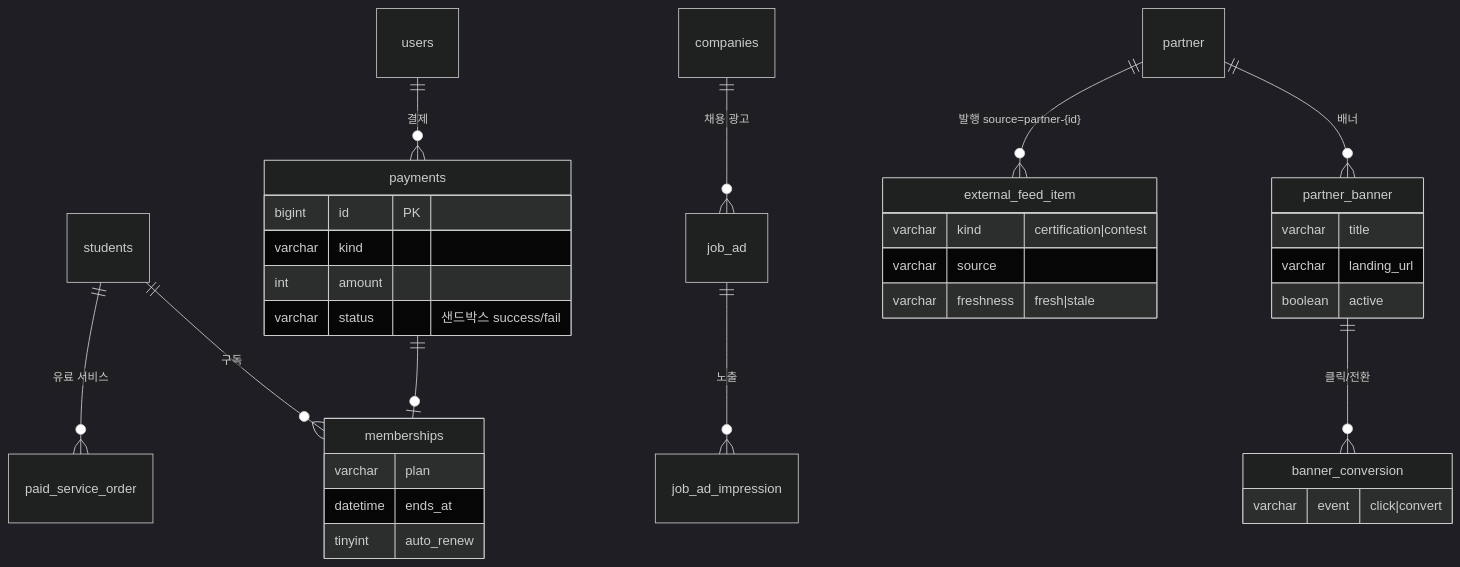
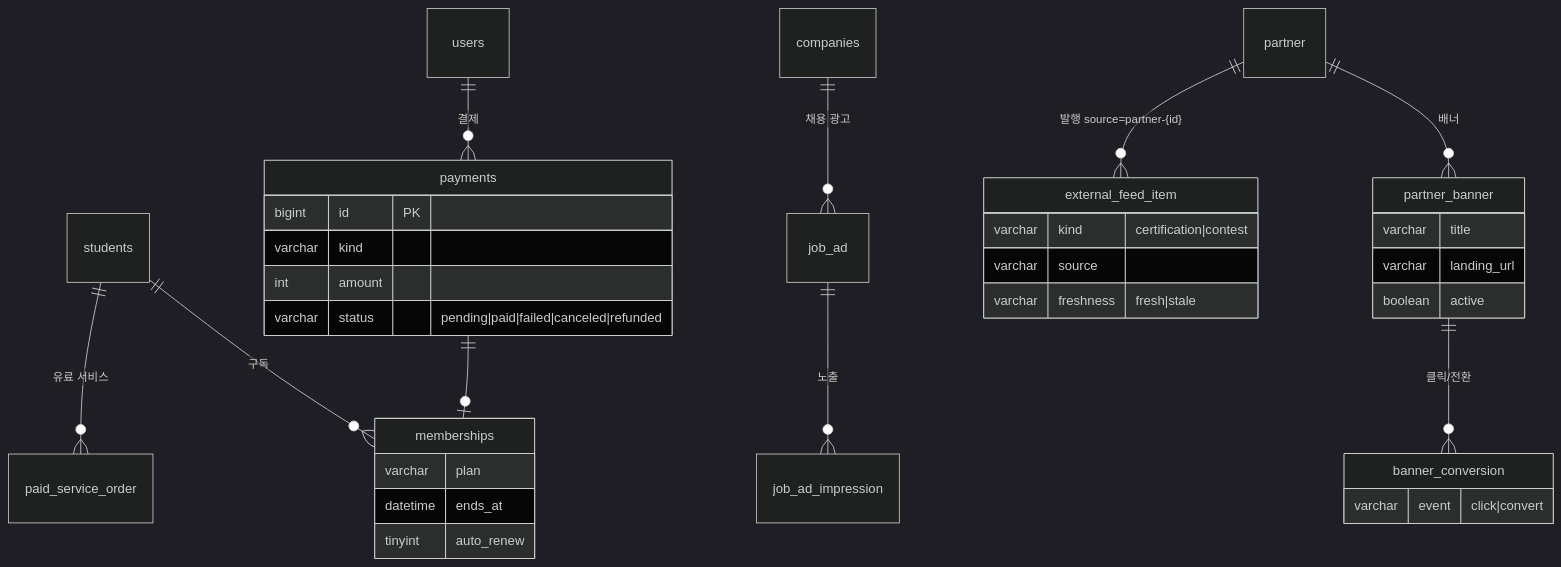
One commit to hsg9013/AI-career-roadmap changed the seventh of 7 diagrams in docs/presentation-diagrams.md. Above: the diagram before and after it, drawn with Mermaid (dark theme). The commit also changed other lines of this file and 26 other files, not shown here.

First line of the commit message:
docs(005): 발표 다이어그램 재구성 — 목적별 표현(관계/상태전이/구조)

````diff
--- a/docs/presentation-diagrams.md
+++ b/docs/presentation-diagrams.md
@@ -231,37 +226,37 @@
 ```mermaid
 erDiagram
   students ||--o{ memberships : "구독"
   users ||--o{ payments : "결제"
   payments ||--o| memberships : ""
   partner ||--o{ partner_banner : "배너"
   partner_banner ||--o{ banner_conversion : "클릭/전환"
   companies ||--o{ job_ad : "채용 광고"
   job_ad ||--o{ job_ad_impression : "노출"
   partner ||--o{ external_feed_item : "발행 source=partner-{id}"
   students ||--o{ paid_service_order : "유료 서비스"
 
   payments {
     bigint id PK
     varchar kind
     int amount
-    varchar status "샌드박스 success/fail"
+    varchar status "pending|paid|failed|canceled|refunded"
   }
   memberships {
     varchar plan
     datetime ends_at
     tinyint auto_renew
   }
   partner_banner {
     varchar title
     varchar landing_url
     boolean active
   }
   banner_conversion {
     varchar event "click|convert"
   }
   external_feed_item {
     varchar kind "certification|contest"
     varchar source
     varchar freshness "fresh|stale"
   }
 ```
````
